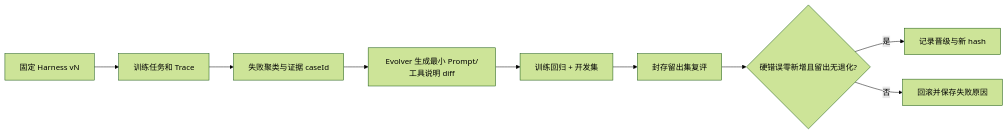
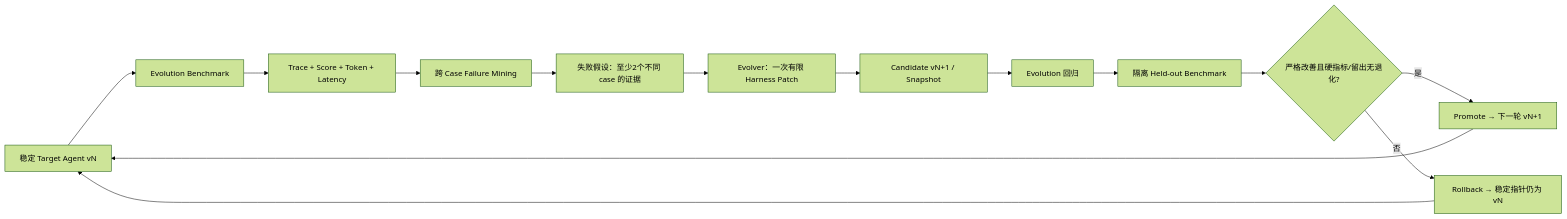
Before and after one commit to HelicasECoode42/CoursePilot-Evo: the diagram in docs/07-benchmark-protocol.md, drawn with Mermaid (forest theme). The commit also changed other lines of this file and 32 other files, not shown here.

Commit message:
docs: design browser offering adapter and multi-round RSI architecture

````diff
--- a/docs/07-benchmark-protocol.md
+++ b/docs/07-benchmark-protocol.md
@@ -32,11 +41,16 @@
 ```mermaid
 flowchart LR
-  BASE[固定 Harness vN] --> TRAIN[训练任务和 Trace]
-  TRAIN --> MINE[失败聚类与证据 caseId]
-  MINE --> CAND[Evolver 生成最小 Prompt/工具说明 diff]
-  CAND --> REG[训练回归 + 开发集]
-  REG --> HOLD[封存留出集复评]
-  HOLD --> GATE{硬错误零新增且留出无退化?}
-  GATE -->|是| PROMOTE[记录晋级与新 hash]
-  GATE -->|否| ROLLBACK[回滚并保存失败原因]
+  V[稳定 Target Agent vN] --> EV[Evolution Benchmark]
+  EV --> TR[Trace + Score + Token + Latency]
+  TR --> M[跨 Case Failure Mining]
+  M --> H[失败假设：至少2个不同 case 的证据]
+  H --> P[Evolver：一次有限 Harness Patch]
+  P --> C[Candidate vN+1 / Snapshot]
+  C --> R[Evolution 回归]
+  R --> HO[隔离 Held-out Benchmark]
+  HO --> G{严格改善且硬指标/留出无退化?}
+  G -->|是| PRO[Promote → 下一轮 vN+1]
+  G -->|否| RB[Rollback → 稳定指针仍为 vN]
+  PRO --> V
+  RB --> V
 ```
````
